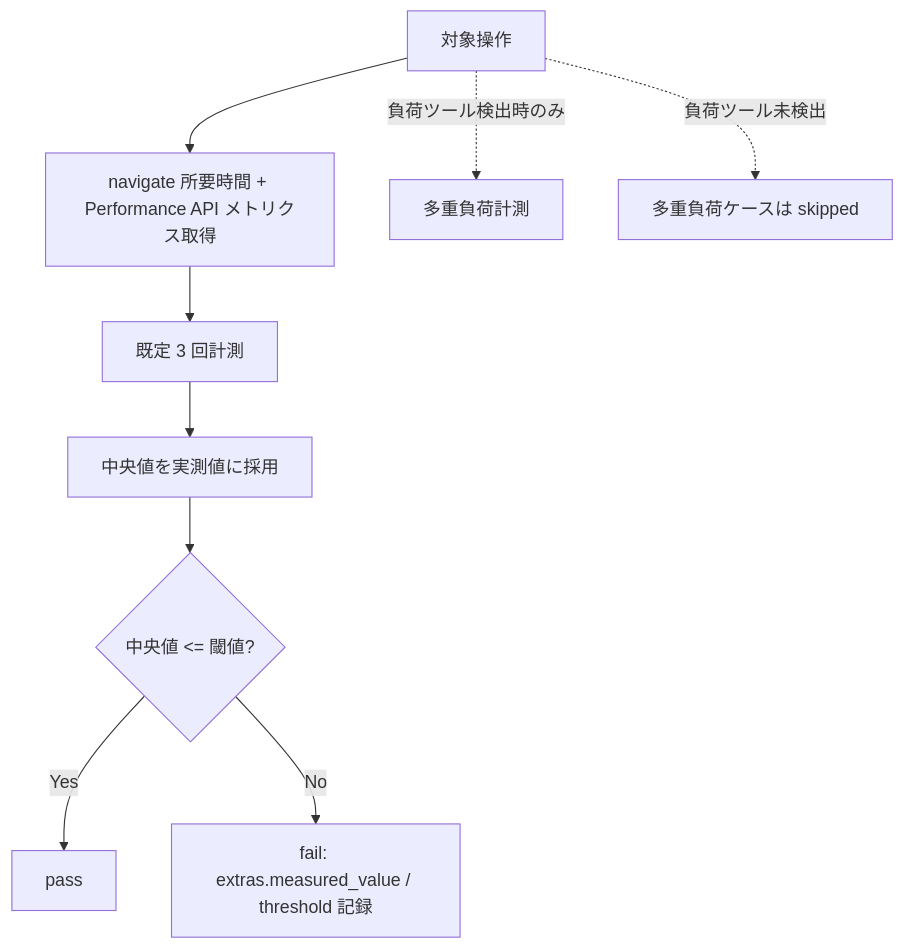
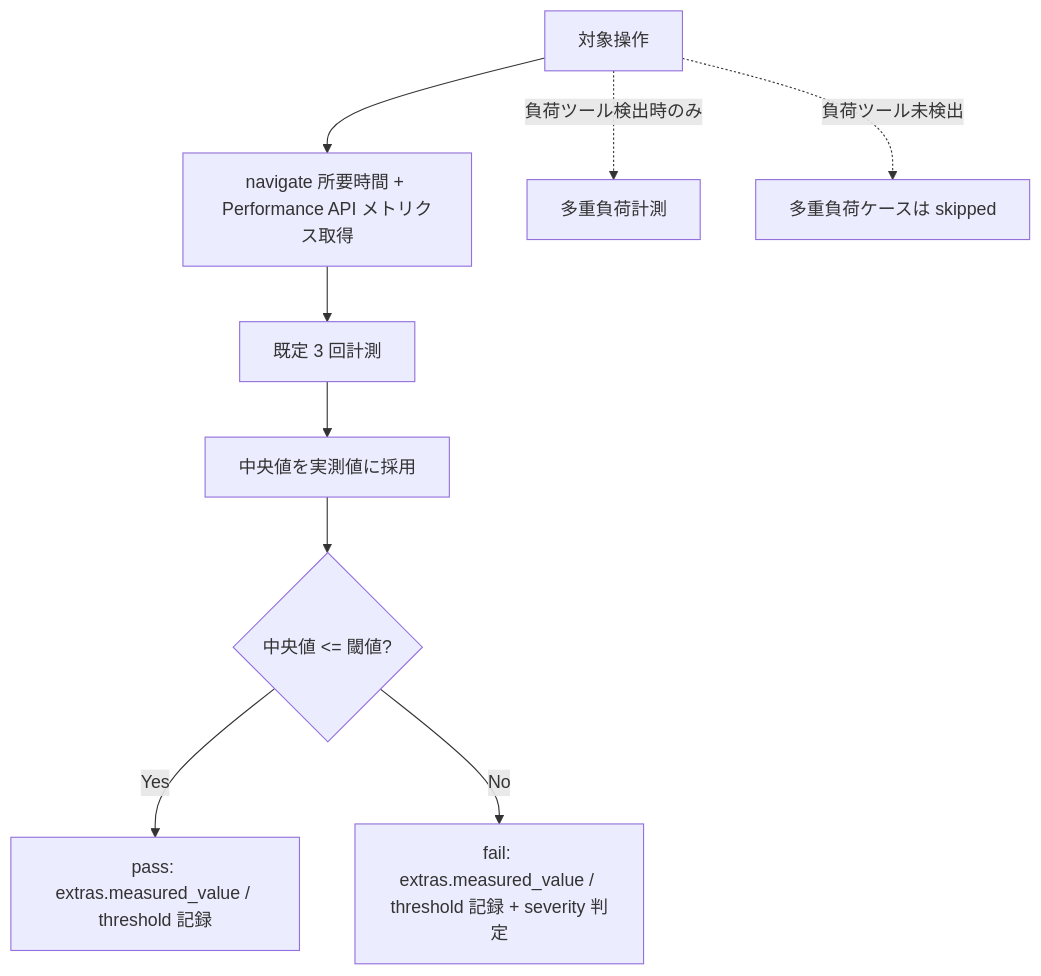
One commit to dmajima/claude-plugins changed the diagram in plugins/deep-test/skills/test-run-performance/README.md. Above: the diagram before and after it, drawn with Mermaid. The commit also changed 5 other files, not shown here.

````diff
--- a/plugins/deep-test/skills/test-run-performance/README.md
+++ b/plugins/deep-test/skills/test-run-performance/README.md
@@ -19,11 +19,11 @@
 ```mermaid
 flowchart TD
     A[対象操作] --> B[navigate 所要時間 + Performance API メトリクス取得]
     B --> C[既定 3 回計測]
     C --> D[中央値を実測値に採用]
     D --> E{中央値 <= 閾値?}
-    E -->|Yes| F[pass]
-    E -->|No| G[fail: extras.measured_value / threshold 記録]
+    E -->|Yes| F[pass: extras.measured_value / threshold 記録]
+    E -->|No| G[fail: extras.measured_value / threshold 記録 + severity 判定]
     A -.->|負荷ツール検出時のみ| H[多重負荷計測]
     A -.->|負荷ツール未検出| I[多重負荷ケースは skipped]
 ```
````
